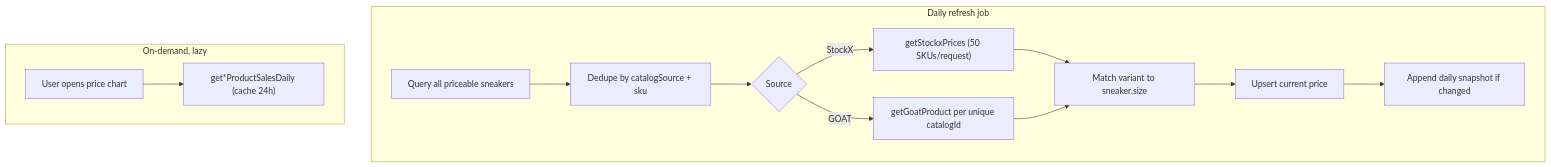
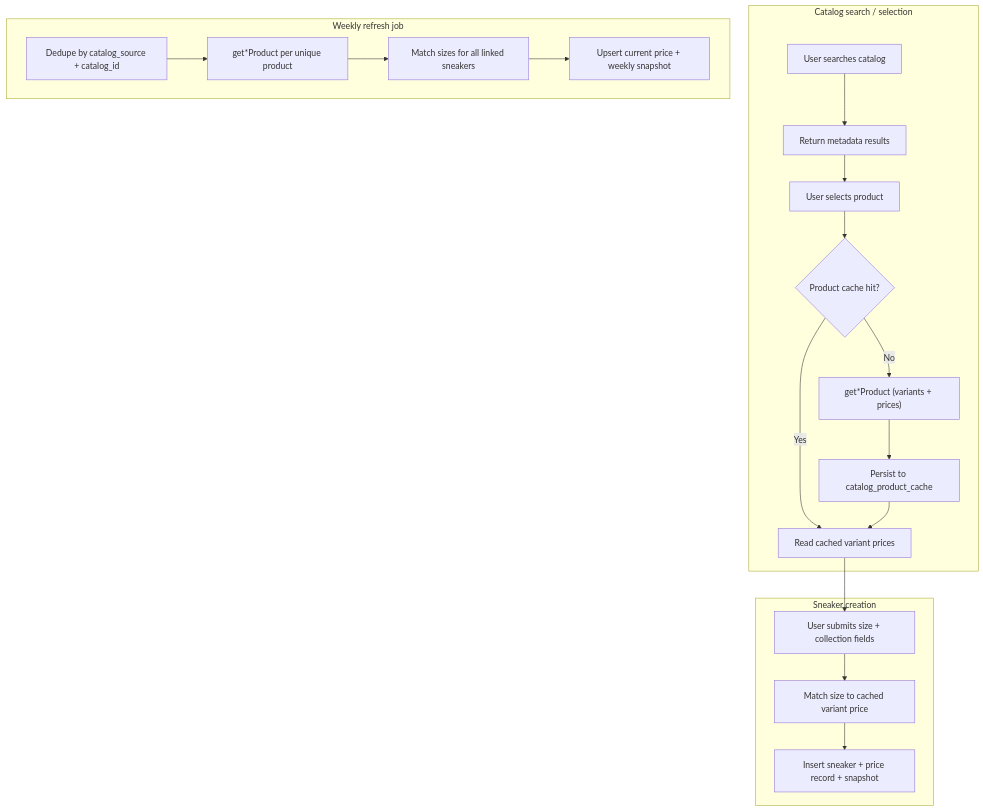
One commit to zendamacf/kixvault changed the second of 2 diagrams in docs/sneaker-market-pricing-plan.md. Above: the diagram before and after it, drawn with Mermaid. The commit also changed other lines of this file, not shown here.

First line of the commit message:
docs: revise pricing plan for per-product fetches and weekly refresh

````diff
--- a/docs/sneaker-market-pricing-plan.md
+++ b/docs/sneaker-market-pricing-plan.md
@@ -81,17 +144,24 @@
 ```mermaid
 flowchart TD
-    subgraph refresh [Daily refresh job]
-        A[Query all priceable sneakers] --> B[Dedupe by catalogSource + sku]
-        B --> C{Source}
-        C -->|StockX| D["getStockxPrices (50 SKUs/request)"]
-        C -->|GOAT| E["getGoatProduct per unique catalogId"]
-        D --> F[Match variant to sneaker.size]
-        E --> F
-        F --> G[Upsert current price]
-        G --> H[Append daily snapshot if changed]
+    subgraph search [Catalog search / selection]
+        A[User searches catalog] --> B[Return metadata results]
+        B --> C[User selects product]
+        C --> D{Product cache hit?}
+        D -->|No| E["get*Product (variants + prices)"]
+        D -->|Yes| F[Read cached variant prices]
+        E --> G[Persist to catalog_product_cache]
+        G --> F
     end
 
-    subgraph ondemand [On-demand, lazy]
-        I[User opens price chart] --> J["get*ProductSalesDaily (cache 24h)"]
+    subgraph create [Sneaker creation]
+        F --> H[User submits size + collection fields]
+        H --> I[Match size to cached variant price]
+        I --> J[Insert sneaker + price record + snapshot]
+    end
+
+    subgraph refresh [Weekly refresh job]
+        K[Dedupe by catalog_source + catalog_id] --> L["get*Product per unique product"]
+        L --> M[Match sizes for all linked sneakers]
+        M --> N[Upsert current price + weekly snapshot]
     end
 ```
````
